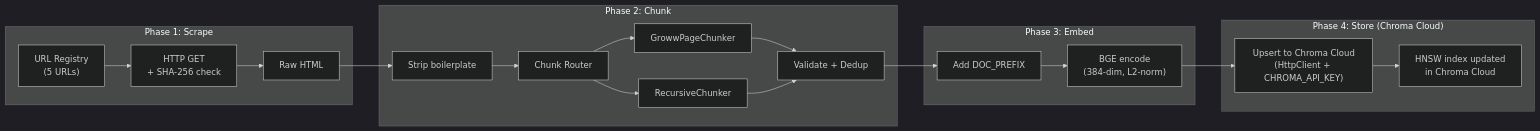
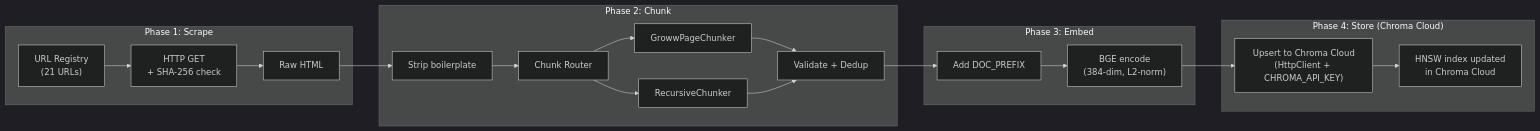
One commit to harm1t/groww-rag changed the fourth of 4 diagrams in docs/chunking-embedding-architecture.md. Above: the diagram before and after it, drawn with Mermaid (dark theme). The commit also changed other lines of this file and 13 other files, not shown here.

````diff
--- a/docs/chunking-embedding-architecture.md
+++ b/docs/chunking-embedding-architecture.md
@@ -533,26 +533,26 @@
 ```mermaid
 flowchart LR
     subgraph SCRAPE["Phase 1: Scrape"]
-        URL["URL Registry<br/>(5 URLs)"] --> FETCH["HTTP GET<br/>+ SHA-256 check"]
+        URL["URL Registry<br/>(21 URLs)"] --> FETCH["HTTP GET<br/>+ SHA-256 check"]
         FETCH --> HTML["Raw HTML"]
     end
 
     subgraph CHUNK["Phase 2: Chunk"]
         HTML --> NORMALIZE["Strip boilerplate"]
         NORMALIZE --> ROUTE["Chunk Router"]
         ROUTE --> GROWW["GrowwPageChunker"]
         ROUTE --> FALLBACK["RecursiveChunker"]
         GROWW --> VALIDATE["Validate + Dedup"]
         FALLBACK --> VALIDATE
     end
 
     subgraph EMBED["Phase 3: Embed"]
         VALIDATE --> PREFIX["Add DOC_PREFIX"]
         PREFIX --> ENCODE["BGE encode<br/>(384-dim, L2-norm)"]
     end
 
     subgraph STORE["Phase 4: Store (Chroma Cloud)"]
         ENCODE --> UPSERT["Upsert to Chroma Cloud<br/>(HttpClient + CHROMA_API_KEY)"]
         UPSERT --> INDEX["HNSW index updated<br/>in Chroma Cloud"]
     end
 ```
````
